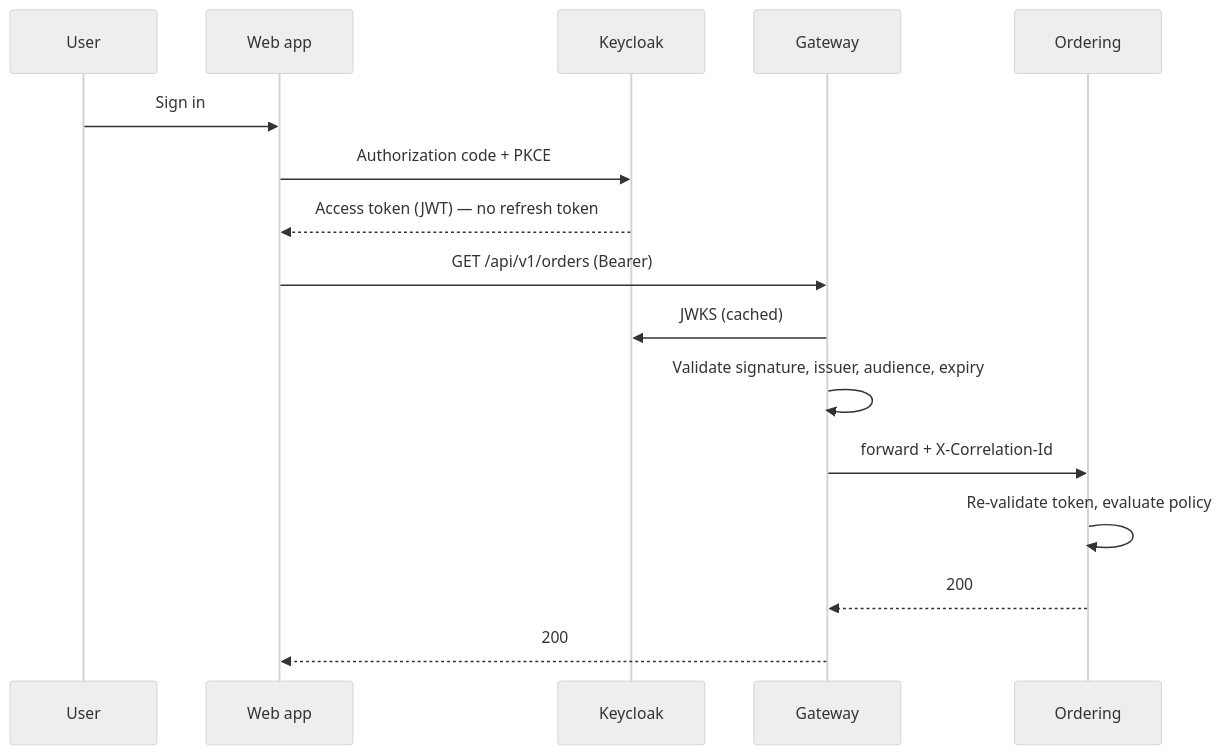
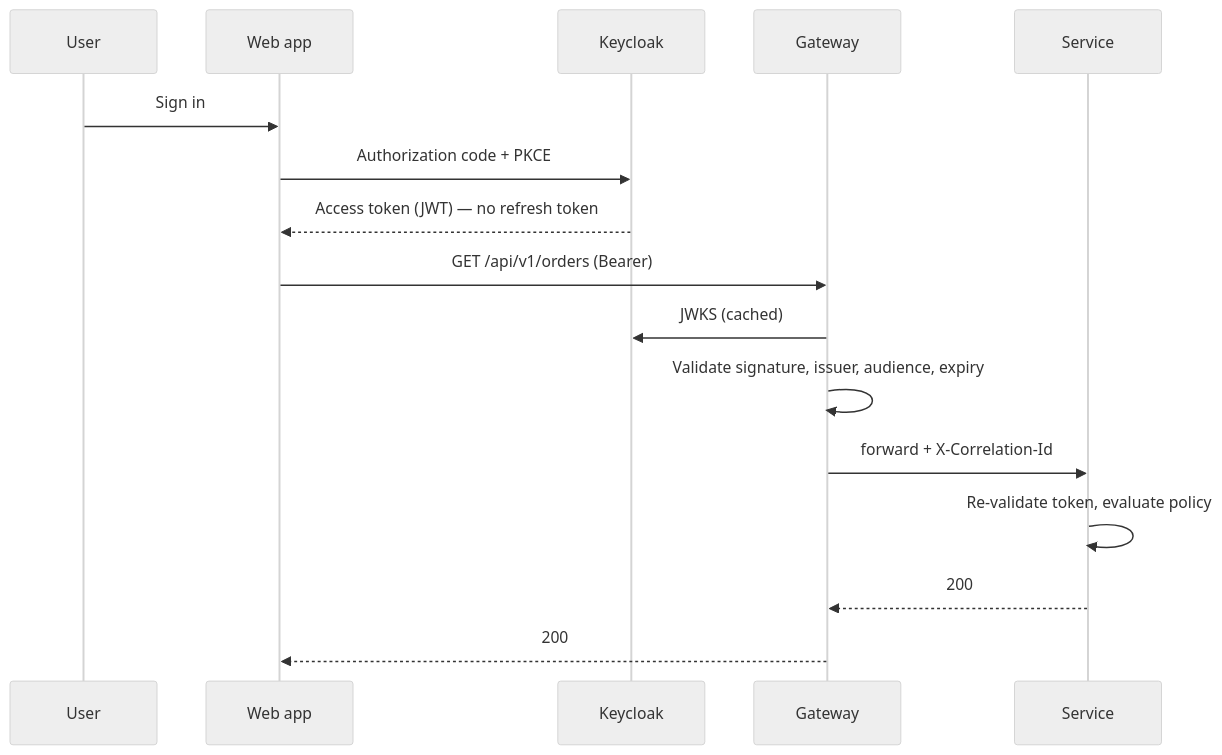
Before and after one commit to alexander-shamray/blueprint-backend: the first of 2 diagrams in docs/backend-architecture/11-identity-authorization.md, drawn with Mermaid (neutral theme). The commit also changed other lines of this file and 2 other files, not shown here.

First line of the commit message:
docs: sections 10 and 11 name a reference service only as evidence, the rest moves to Appendix E.6

````diff
--- a/docs/backend-architecture/11-identity-authorization.md
+++ b/docs/backend-architecture/11-identity-authorization.md
@@ -38,19 +38,19 @@
 ```mermaid
 sequenceDiagram
     participant U as User
     participant W as Web app
     participant K as Keycloak
     participant G as Gateway
-    participant O as Ordering
+    participant O as Service
 
     U->>W: Sign in
     W->>K: Authorization code + PKCE
     K-->>W: Access token (JWT) — no refresh token
     W->>G: GET /api/v1/orders  (Bearer)
     G->>K: JWKS (cached)
     G->>G: Validate signature, issuer, audience, expiry
     G->>O: forward + X-Correlation-Id
     O->>O: Re-validate token, evaluate policy
     O-->>G: 200
     G-->>W: 200
 ```
````
